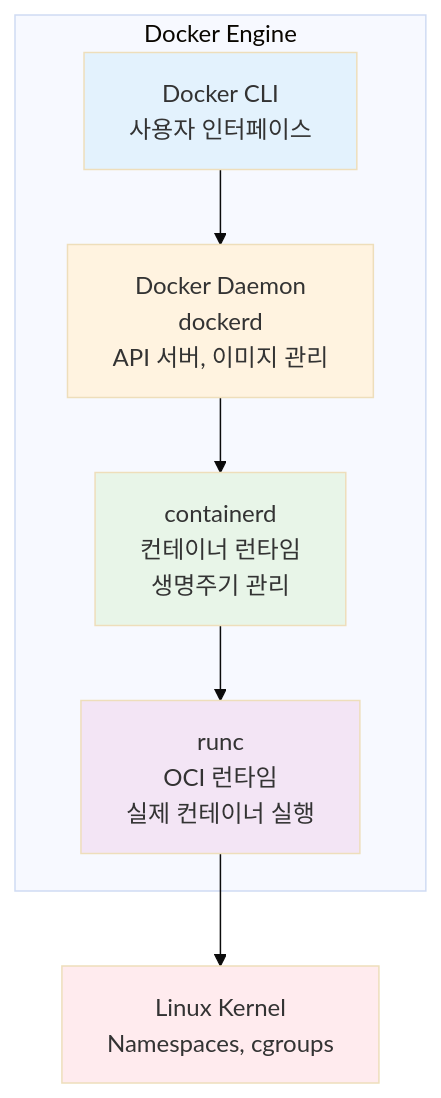
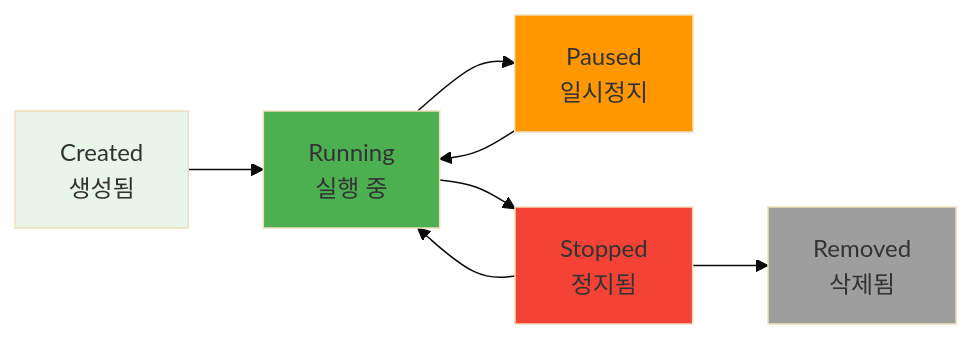
One commit to niceguy61/kdt_devops_lecture_2025 changed the second of 3 diagrams in theory/week_01/day2/session_3.md. Above: the diagram before and after it, drawn with Mermaid (base theme). The commit also changed other lines of this file and 26 other files, not shown here.

````diff
--- a/theory/week_01/day2/session_3.md
+++ b/theory/week_01/day2/session_3.md
@@ -115,22 +74,15 @@
 ```mermaid
-graph TB
-    subgraph "Docker Engine"
-        A[Docker CLI<br/>사용자 인터페이스]
-        B[Docker Daemon<br/>dockerd<br/>API 서버, 이미지 관리]
-        C[containerd<br/>컨테이너 런타임<br/>생명주기 관리]
-        D[runc<br/>OCI 런타임<br/>실제 컨테이너 실행]
-    end
+graph LR
+    A[Created<br/>생성됨] --> B[Running<br/>실행 중]
+    B --> C[Paused<br/>일시정지]
+    C --> B
+    B --> D[Stopped<br/>정지됨]
+    D --> B
+    D --> E[Removed<br/>삭제됨]
     
-    E[Linux Kernel<br/>Namespaces, cgroups]
-    
-    A --> B
-    B --> C
-    C --> D
-    D --> E
-    
-    style A fill:#e3f2fd
-    style B fill:#fff3e0
-    style C fill:#e8f5e8
-    style D fill:#f3e5f5
-    style E fill:#ffebee
+    style A fill:#e8f5e8
+    style B fill:#4caf50
+    style C fill:#ff9800
+    style D fill:#f44336
+    style E fill:#9e9e9e
 ```
````
